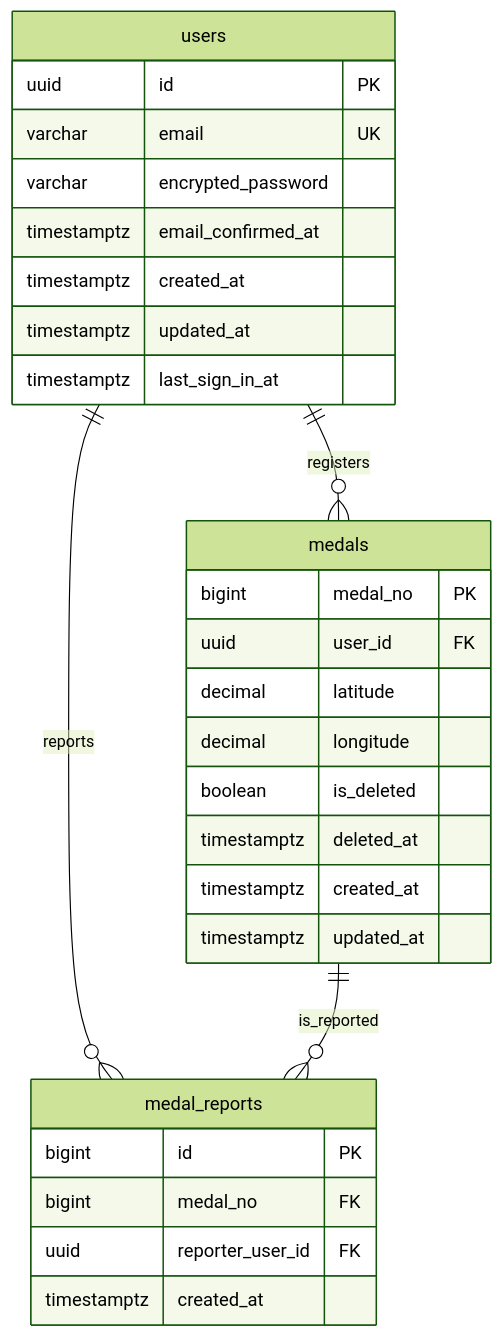
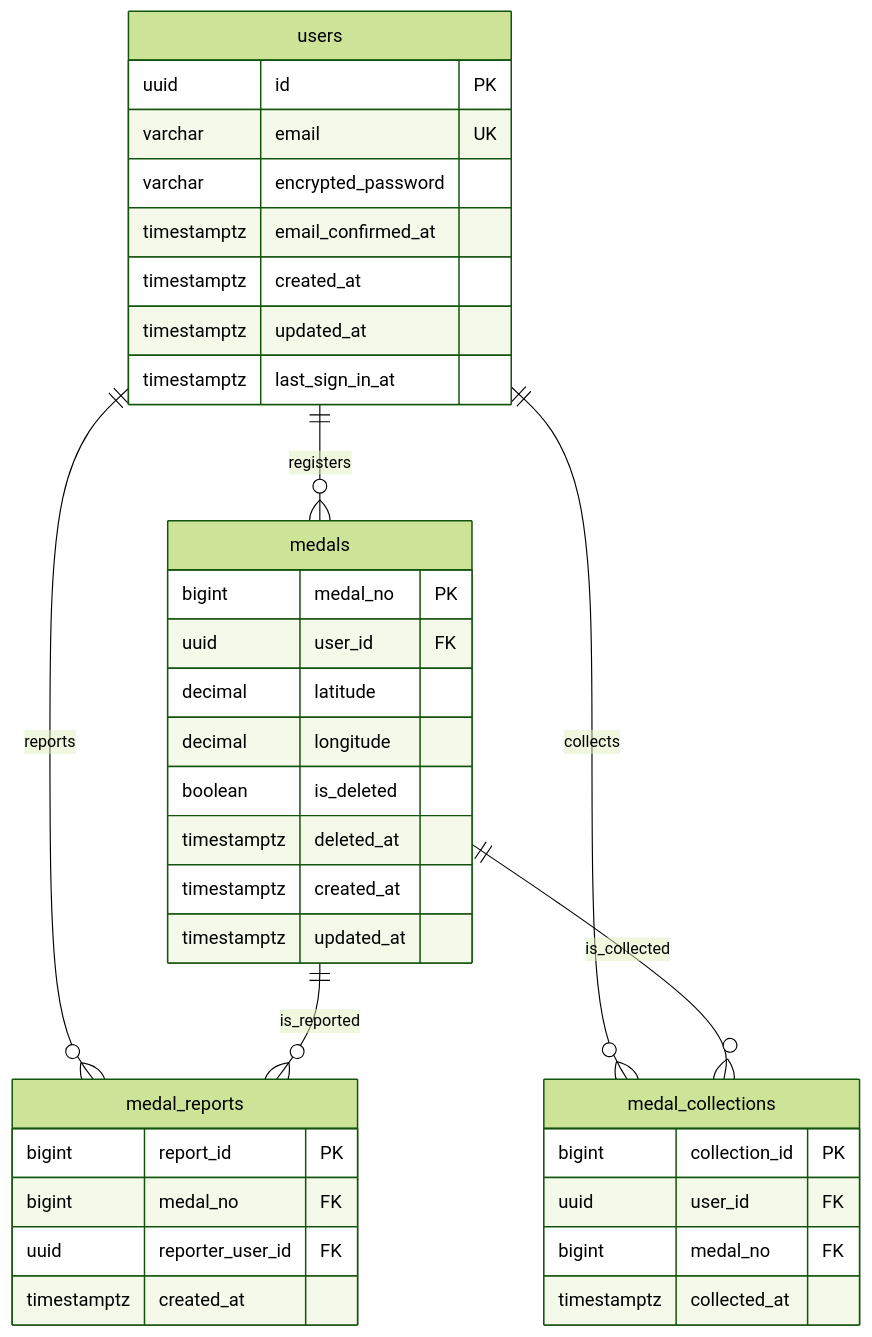
One commit to Lighthouse-projects/dqwfuntool_medalcompass changed the diagram in documents/4_データベース設計書.md. Above: the diagram before and after it, drawn with Mermaid (forest theme). The commit also changed other lines of this file and 9 other files, not shown here.

````diff
--- a/documents/4_データベース設計書.md
+++ b/documents/4_データベース設計書.md
@@ -318,34 +434,43 @@
 ```mermaid
 erDiagram
     users ||--o{ medals : "registers"
     users ||--o{ medal_reports : "reports"
+    users ||--o{ medal_collections : "collects"
     medals ||--o{ medal_reports : "is_reported"
+    medals ||--o{ medal_collections : "is_collected"
 
     users {
         uuid id PK
         varchar email UK
         varchar encrypted_password
         timestamptz email_confirmed_at
         timestamptz created_at
         timestamptz updated_at
         timestamptz last_sign_in_at
     }
 
     medals {
         bigint medal_no PK
         uuid user_id FK
         decimal latitude
         decimal longitude
         boolean is_deleted
         timestamptz deleted_at
         timestamptz created_at
         timestamptz updated_at
     }
 
     medal_reports {
-        bigint id PK
+        bigint report_id PK
         bigint medal_no FK
         uuid reporter_user_id FK
         timestamptz created_at
     }
+
+    medal_collections {
+        bigint collection_id PK
+        uuid user_id FK
+        bigint medal_no FK
+        timestamptz collected_at
+    }
 ```
````
